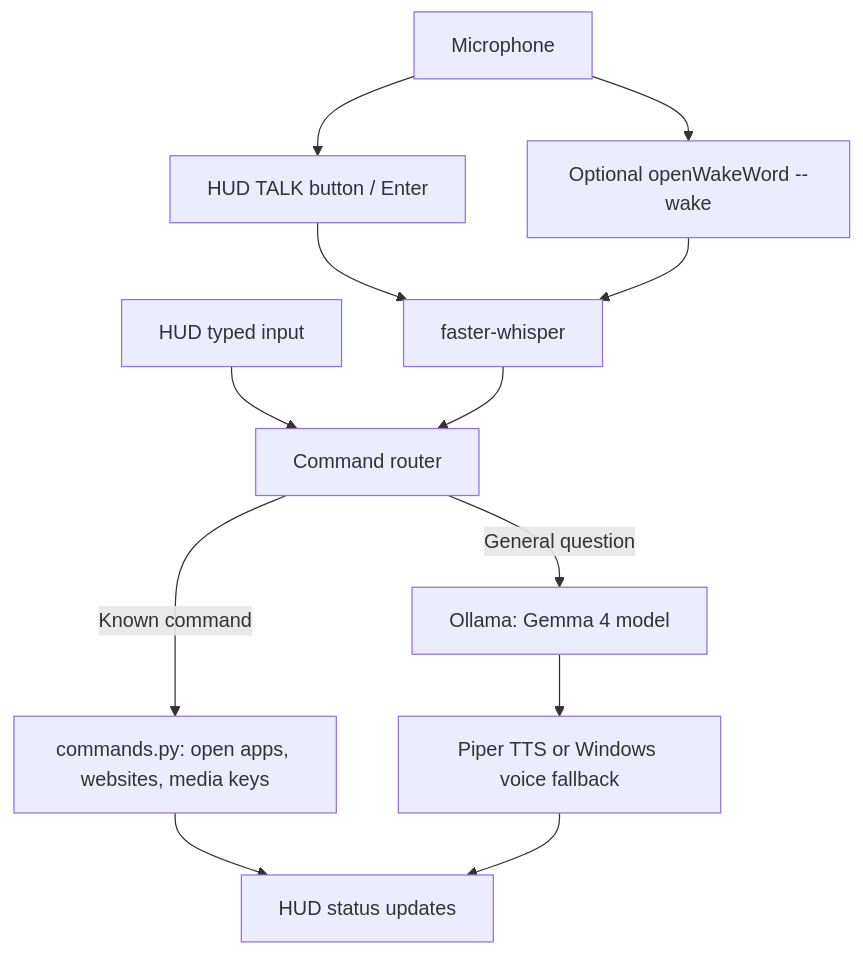
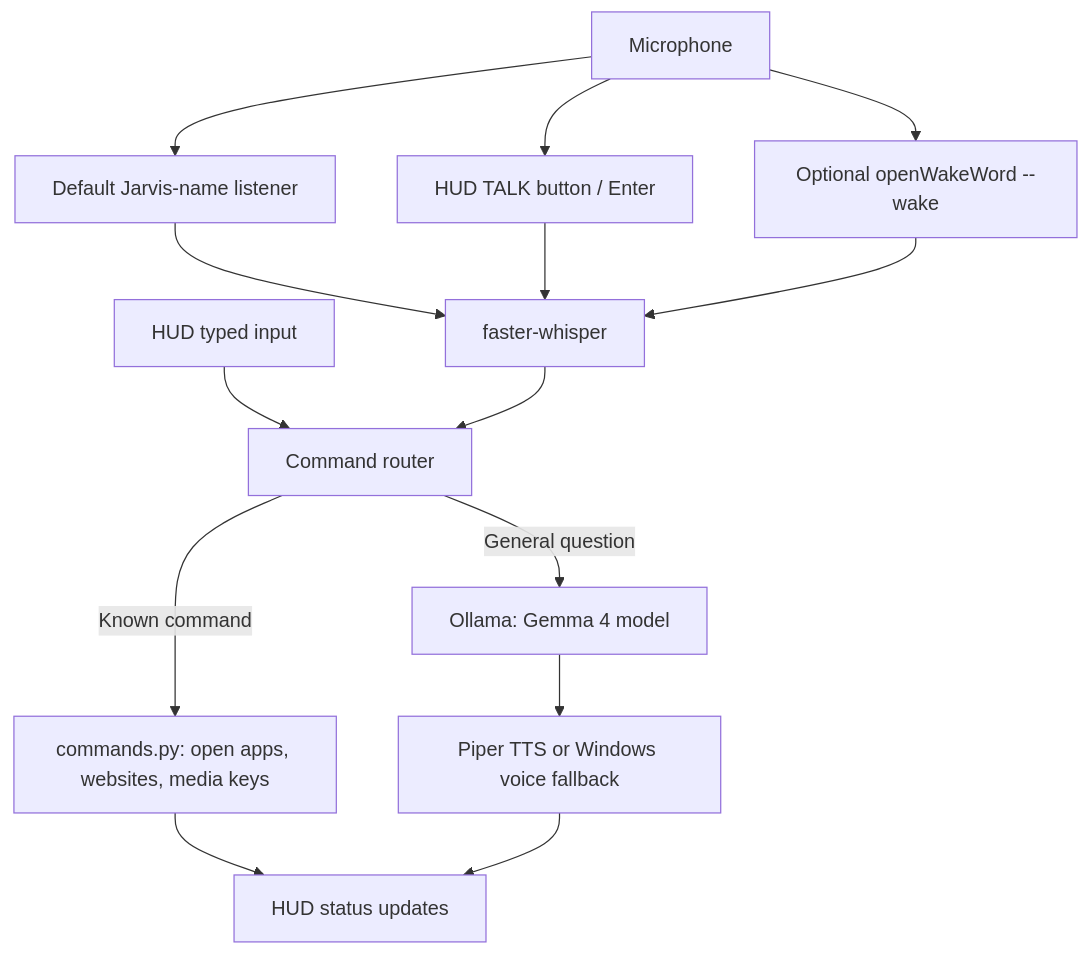
Before and after one commit to tabitha-dev/jarvis-local-ai: the diagram in docs/ARCHITECTURE.md, drawn with Mermaid. The commit also changed 14 other files, not shown here.

First line of the commit message:
Integrate local Whisper 'Jarvis' invocation and Windows SAPI audio fixes

````diff
--- a/docs/ARCHITECTURE.md
+++ b/docs/ARCHITECTURE.md
@@ -5,12 +5,13 @@
 ```mermaid
 flowchart TD
- M[Microphone] --> TBTN[HUD TALK button / Enter] --> S[faster-whisper]
+ M[Microphone] --> N[Default Jarvis-name listener] --> S[faster-whisper]
+ M --> TBTN[HUD TALK button / Enter] --> S
  M --> W[Optional openWakeWord --wake] --> S
  T[HUD typed input] --> R[Command router]
  S --> R
  R -->|Known command| C[commands.py: open apps, websites, media keys]
  R -->|General question| O[Ollama: Gemma 4 model]
  O --> P[Piper TTS or Windows voice fallback]
  C --> U[HUD status updates]
  P --> U
 ```
````
